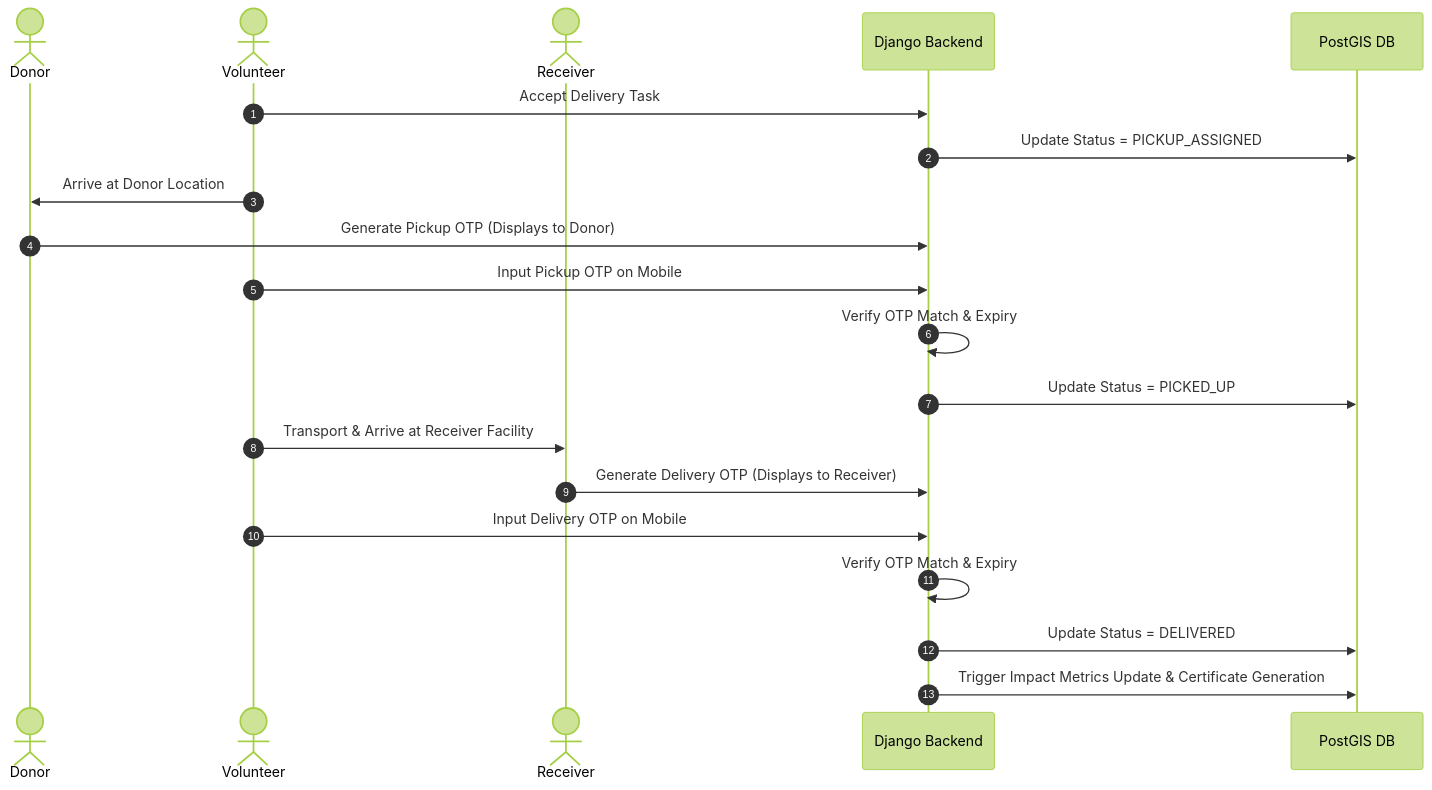
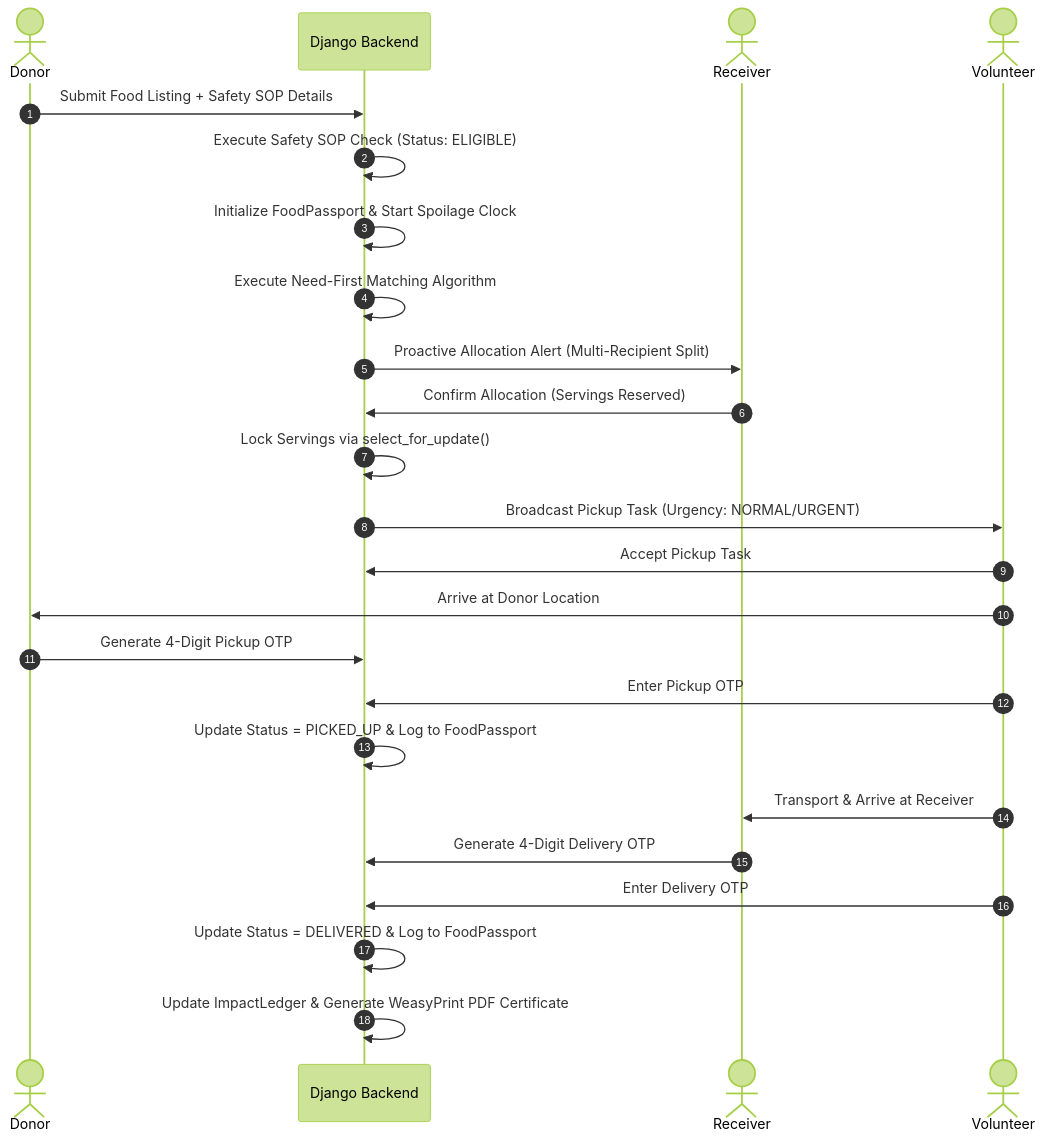
The third of 6 diagrams in 03_SANJOG_System_Architecture.md (pewdiepie4259/SANJOG), drawn with Mermaid (forest theme) before and after one commit. The commit also changed other lines of this file and 8 other files, not shown here.

Commit message:
docs: update SANJOG Food Rescue OS architecture, PRD, SRS, UI/UX, database design, test plan, and development pipeline

````diff
--- a/03_SANJOG_System_Architecture.md
+++ b/03_SANJOG_System_Architecture.md
@@ -191,24 +135,27 @@
 ```mermaid
 sequenceDiagram
     autonumber
     actor Donor
+    participant System as Django Backend
+    actor Receiver
     actor Volunteer
-    actor Receiver
-    participant System as Django Backend
-    participant DB as PostGIS DB
 
-    Volunteer->>System: Accept Delivery Task
-    System->>DB: Update Status = PICKUP_ASSIGNED
+    Donor->>System: Submit Food Listing + Safety SOP Details
+    System->>System: Execute Safety SOP Check (Status: ELIGIBLE)
+    System->>System: Initialize FoodPassport & Start Spoilage Clock
+    System->>System: Execute Need-First Matching Algorithm
+    System->>Receiver: Proactive Allocation Alert (Multi-Recipient Split)
+    Receiver->>System: Confirm Allocation (Servings Reserved)
+    System->>System: Lock Servings via select_for_update()
+    System->>Volunteer: Broadcast Pickup Task (Urgency: NORMAL/URGENT)
+    Volunteer->>System: Accept Pickup Task
     Volunteer->>Donor: Arrive at Donor Location
-    Donor->>System: Generate Pickup OTP (Displays to Donor)
-    Volunteer->>System: Input Pickup OTP on Mobile
-    System->>System: Verify OTP Match & Expiry
-    System->>DB: Update Status = PICKED_UP
-    
-    Volunteer->>Receiver: Transport & Arrive at Receiver Facility
-    Receiver->>System: Generate Delivery OTP (Displays to Receiver)
-    Volunteer->>System: Input Delivery OTP on Mobile
-    System->>System: Verify OTP Match & Expiry
-    System->>DB: Update Status = DELIVERED
-    System->>DB: Trigger Impact Metrics Update & Certificate Generation
+    Donor->>System: Generate 4-Digit Pickup OTP
+    Volunteer->>System: Enter Pickup OTP
+    System->>System: Update Status = PICKED_UP & Log to FoodPassport
+    Volunteer->>Receiver: Transport & Arrive at Receiver
+    Receiver->>System: Generate 4-Digit Delivery OTP
+    Volunteer->>System: Enter Delivery OTP
+    System->>System: Update Status = DELIVERED & Log to FoodPassport
+    System->>System: Update ImpactLedger & Generate WeasyPrint PDF Certificate
 ```
````
